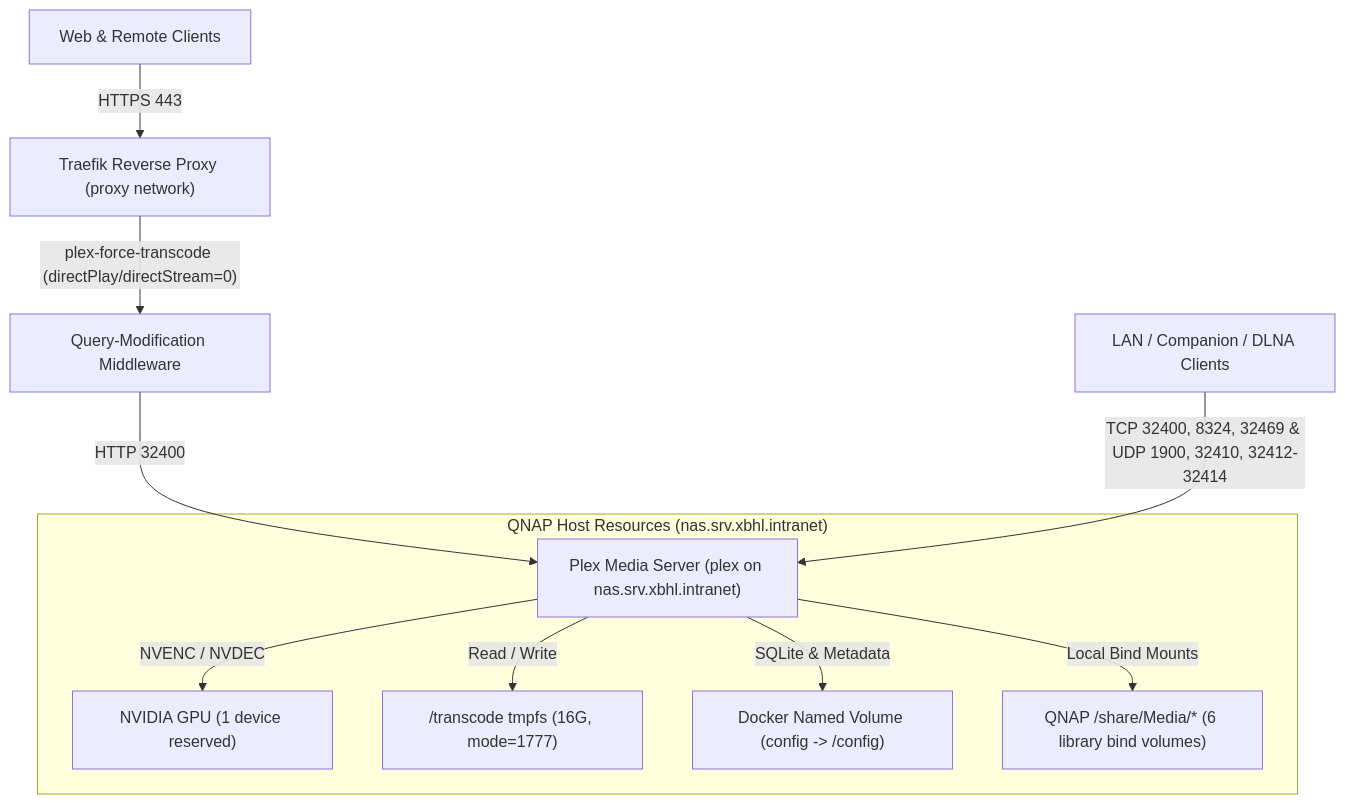
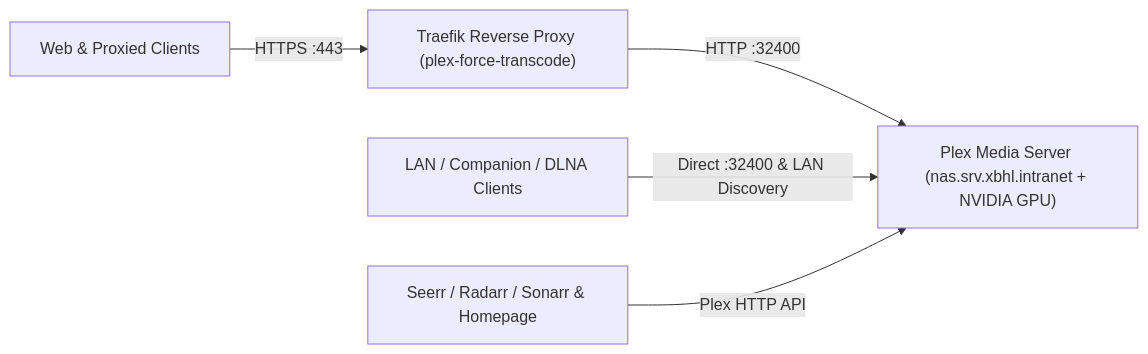
One commit to lbarczynski-home-lab/plex changed the diagram in README.md. Above: the diagram before and after it, drawn with Mermaid. The commit also changed other lines of this file, not shown here.

Commit message:
docs(plex): slim README to focus on architecture and decisions

````diff
--- a/README.md
+++ b/README.md
@@ -27,14 +19,7 @@
 ```mermaid
-flowchart TD
-    RemoteClient["Web & Remote Clients"] -->|HTTPS 443| Traefik["Traefik Reverse Proxy (proxy network)"]
-    Traefik -->|"plex-force-transcode (directPlay/directStream=0)"| Middleware["Query-Modification Middleware"]
-    Middleware -->|HTTP 32400| Plex["Plex Media Server (plex on nas.srv.xbhl.intranet)"]
-    LANClient["LAN / Companion / DLNA Clients"] -->|"TCP 32400, 8324, 32469 & UDP 1900, 32410, 32412-32414"| Plex
-
-    subgraph HostResources ["QNAP Host Resources (nas.srv.xbhl.intranet)"]
-        Plex -->|NVENC / NVDEC| GPU["NVIDIA GPU (1 device reserved)"]
-        Plex -->|Read / Write| Tmpfs["/transcode tmpfs (16G, mode=1777)"]
-        Plex -->|SQLite & Metadata| ConfigVol["Docker Named Volume (config -> /config)"]
-        Plex -->|Local Bind Mounts| MediaShares["QNAP /share/Media/* (6 library bind volumes)"]
-    end
+flowchart LR
+    Remote["Web & Proxied Clients"] -->|"HTTPS :443"| Traefik["Traefik Reverse Proxy (plex-force-transcode)"]
+    Traefik -->|"HTTP :32400"| Plex["Plex Media Server (nas.srv.xbhl.intranet + NVIDIA GPU)"]
+    LAN["LAN / Companion / DLNA Clients"] -->|"Direct :32400 & LAN Discovery"| Plex
+    Ecosystem["Seerr / Radarr / Sonarr & Homepage"] -->|"Plex HTTP API"| Plex
 ```
````
